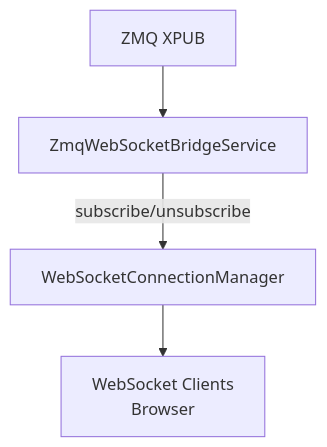
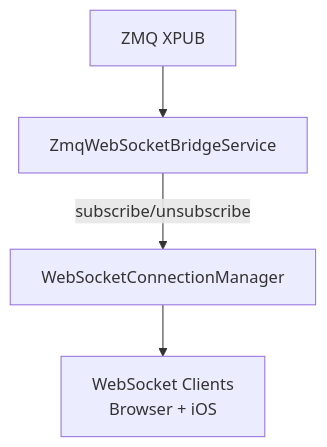
Before and after one commit to mateusz-klatt/snapper: the second of 2 diagrams in docs/messaging.md, drawn with Mermaid. The commit also changed other lines of this file and 9 other files, not shown here.

````diff
--- a/docs/messaging.md
+++ b/docs/messaging.md
@@ -982,6 +982,6 @@
 ```mermaid
 flowchart TB
     XPUB["ZMQ XPUB"] --> Bridge["ZmqWebSocketBridgeService"]
     Bridge -->|subscribe/unsubscribe| Manager["WebSocketConnectionManager"]
-    Manager --> Clients["WebSocket Clients<br/>Browser"]
+    Manager --> Clients["WebSocket Clients<br/>Browser + iOS"]
 ```
````
